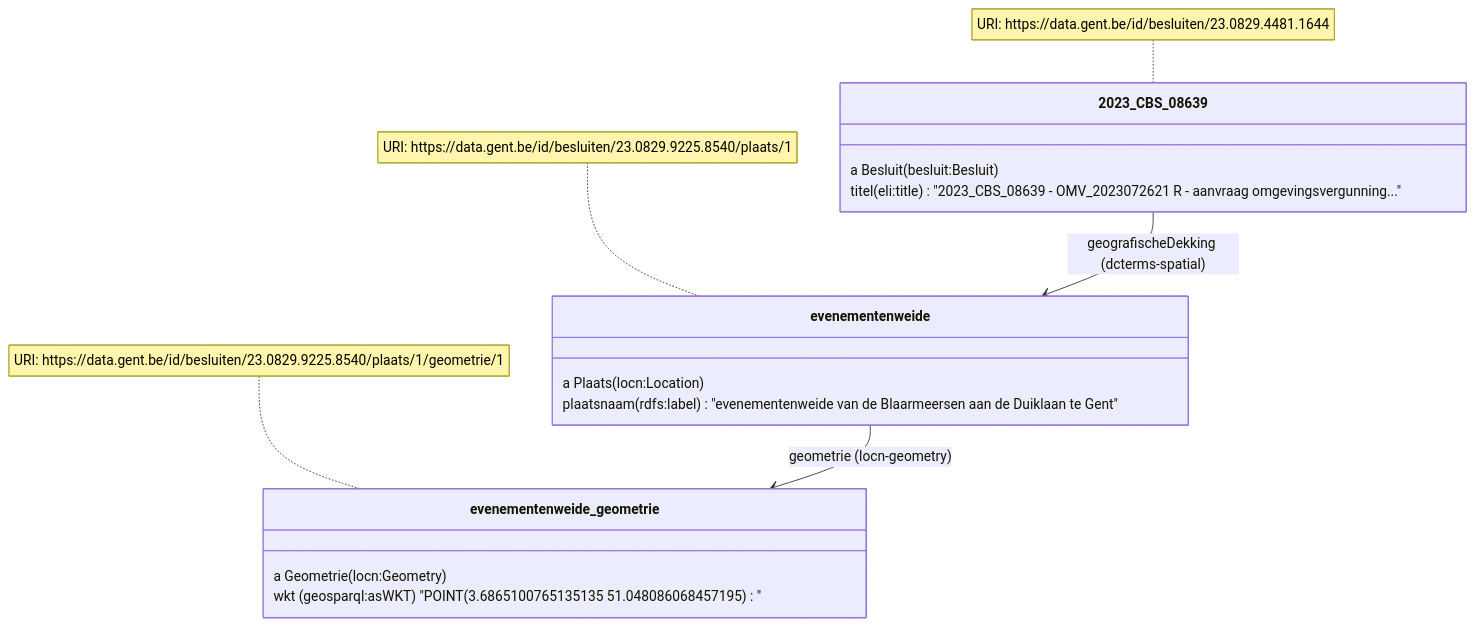
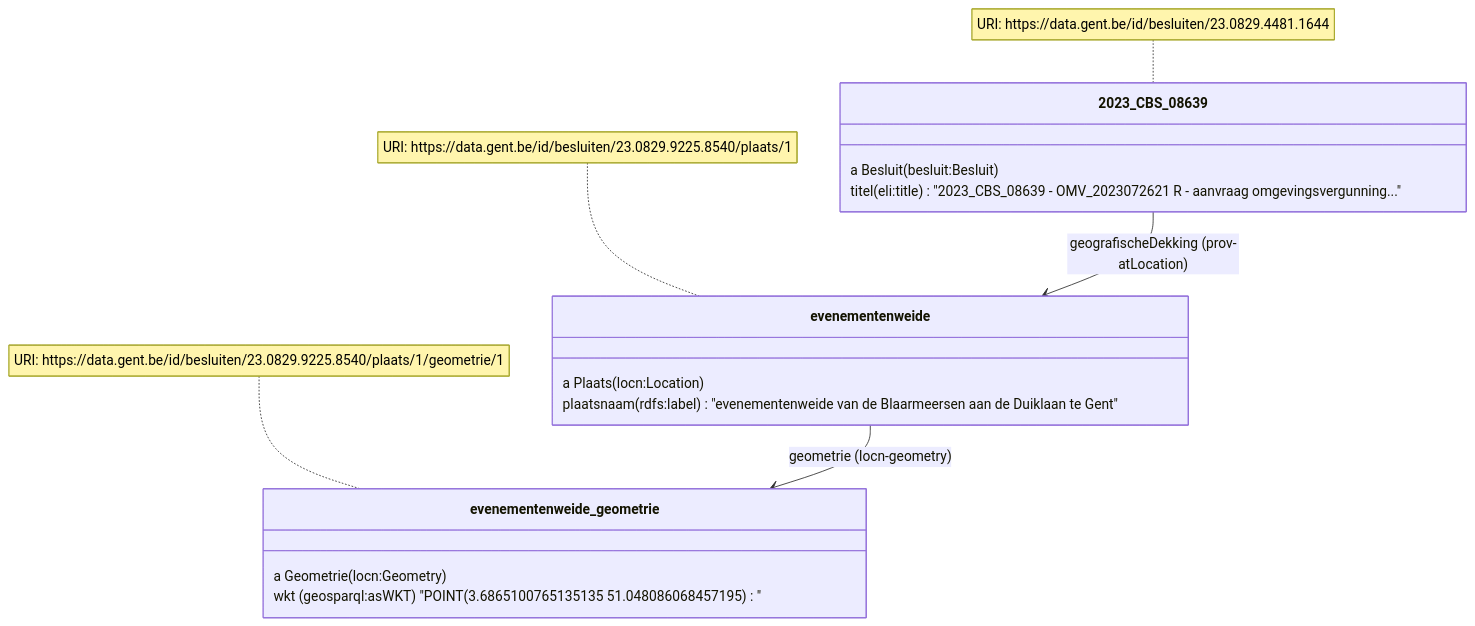
One commit to Informatievlaanderen/OSLOthema-slimmeRaadpleegOmgeving changed the fourth of 15 diagrams in README.md. Above: the diagram before and after it, drawn with Mermaid. The commit also changed other lines of this file, not shown here.

Commit message:
update dcterms:spatial to prov:atLocation

````diff
--- a/README.md
+++ b/README.md
@@ -129,20 +129,20 @@
 ```mermaid
 classDiagram
-    2023_CBS_08639 --> evenementenweide: geografischeDekking (dcterms-spatial)
+    2023_CBS_08639 --> evenementenweide: geografischeDekking (prov-atLocation)
     evenementenweide --> evenementenweide_geometrie: geometrie (locn-geometry)
     note for 2023_CBS_08639 "URI: https://data.gent.be/id/besluiten/23.0829.4481.1644"
     note for evenementenweide "URI: https://data.gent.be/id/besluiten/23.0829.9225.8540/plaats/1"
     note for evenementenweide_geometrie "URI: https://data.gent.be/id/besluiten/23.0829.9225.8540/plaats/1/geometrie/1"
     class 2023_CBS_08639 {
       a Besluit (besluit:Besluit)
       titel (eli:title) "2023_CBS_08639 - OMV_2023072621 R - aanvraag omgevingsvergunning..."
     }
     class evenementenweide {
       a Plaats (locn:Location)
       plaatsnaam (rdfs:label) "evenementenweide van de Blaarmeersen aan de Duiklaan te Gent"
     }
     class evenementenweide_geometrie {
       a Geometrie (locn:Geometry)
       wkt (geosparql:asWKT) "POINT(3.6865100765135135 51.048086068457195)"
     }
 ```
````
